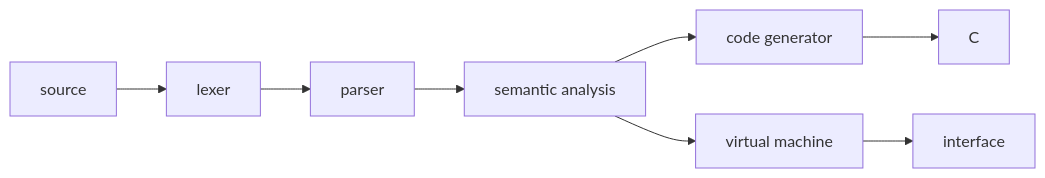
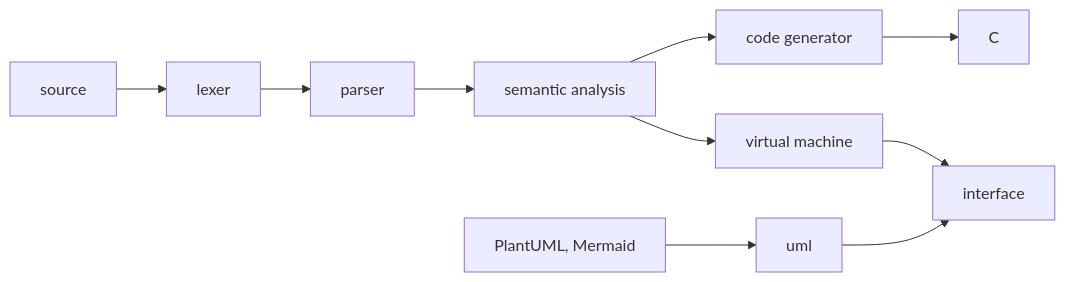
Before and after one commit to GritHat/pseudoscope: the diagram in docs/design.md, drawn with Mermaid. The commit also changed other lines of this file and 6 other files, not shown here.

Commit message:
Document systems, dialects and diagrams; add a Dijkstra example

````diff
--- a/docs/design.md
+++ b/docs/design.md
@@ -3,5 +3,6 @@
 ```mermaid
 flowchart LR
     source --> lexer --> parser --> sema[semantic analysis] --> codegen[code generator] --> C
     sema --> vm[virtual machine] --> ui[interface]
+    diagrams[PlantUML, Mermaid] --> uml --> ui
 ```
````
